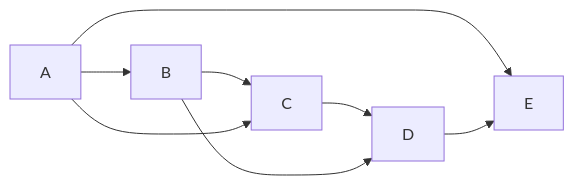
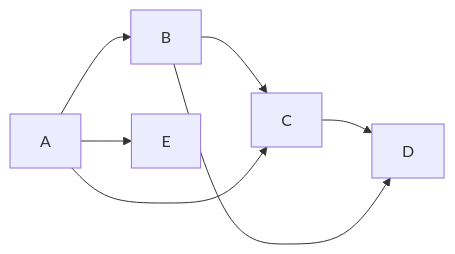
The first of 6 diagrams in in_class/day07.md (OlinDSA2025/olindsa2025.github.io), drawn with Mermaid before and after one commit. The commit also changed other lines of this file and 1 other file, not shown here.

```diff
--- a/in_class/day07.md
+++ b/in_class/day07.md
@@ -11,10 +11,9 @@
 <div class="mermaid">
 graph LR
   A --> B
   B --> C
   A --> C
   C --> D
   B --> D
   A --> E
-  D --> E
 </div>
```
